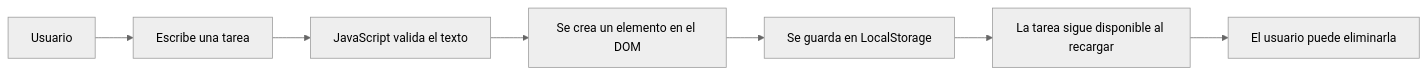
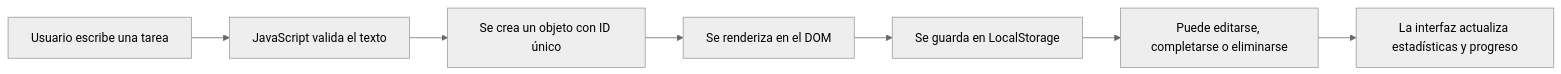
One commit to angelcamayojm-wq/lista-tareas-js changed the diagram in README.md. Above: the diagram before and after it, drawn with Mermaid (neutral theme). The commit also changed other lines of this file and 6 other files, not shown here.

````diff
--- a/README.md
+++ b/README.md
@@ -85,9 +99,9 @@
 ```mermaid
 flowchart LR
-    A[Usuario] --> B[Escribe una tarea]
-    B --> C[JavaScript valida el texto]
-    C --> D[Se crea un elemento en el DOM]
+    A[Usuario escribe una tarea] --> B[JavaScript valida el texto]
+    B --> C[Se crea un objeto con ID único]
+    C --> D[Se renderiza en el DOM]
     D --> E[Se guarda en LocalStorage]
-    E --> F[La tarea sigue disponible al recargar]
-    F --> G[El usuario puede eliminarla]
+    E --> F[Puede editarse, completarse o eliminarse]
+    F --> G[La interfaz actualiza estadísticas y progreso]
 ```
````
